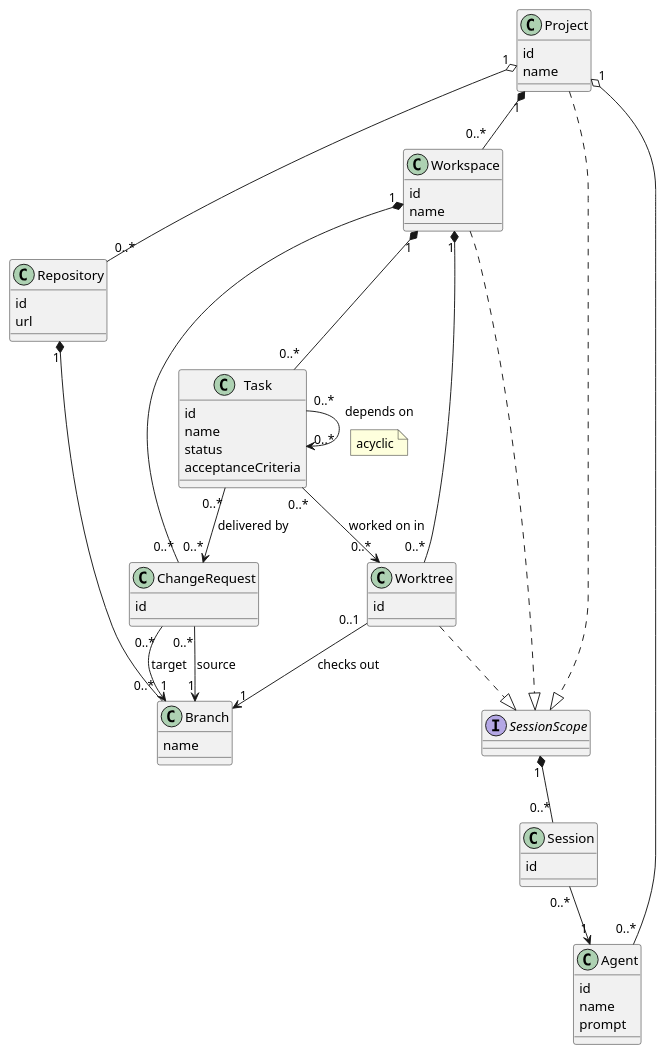
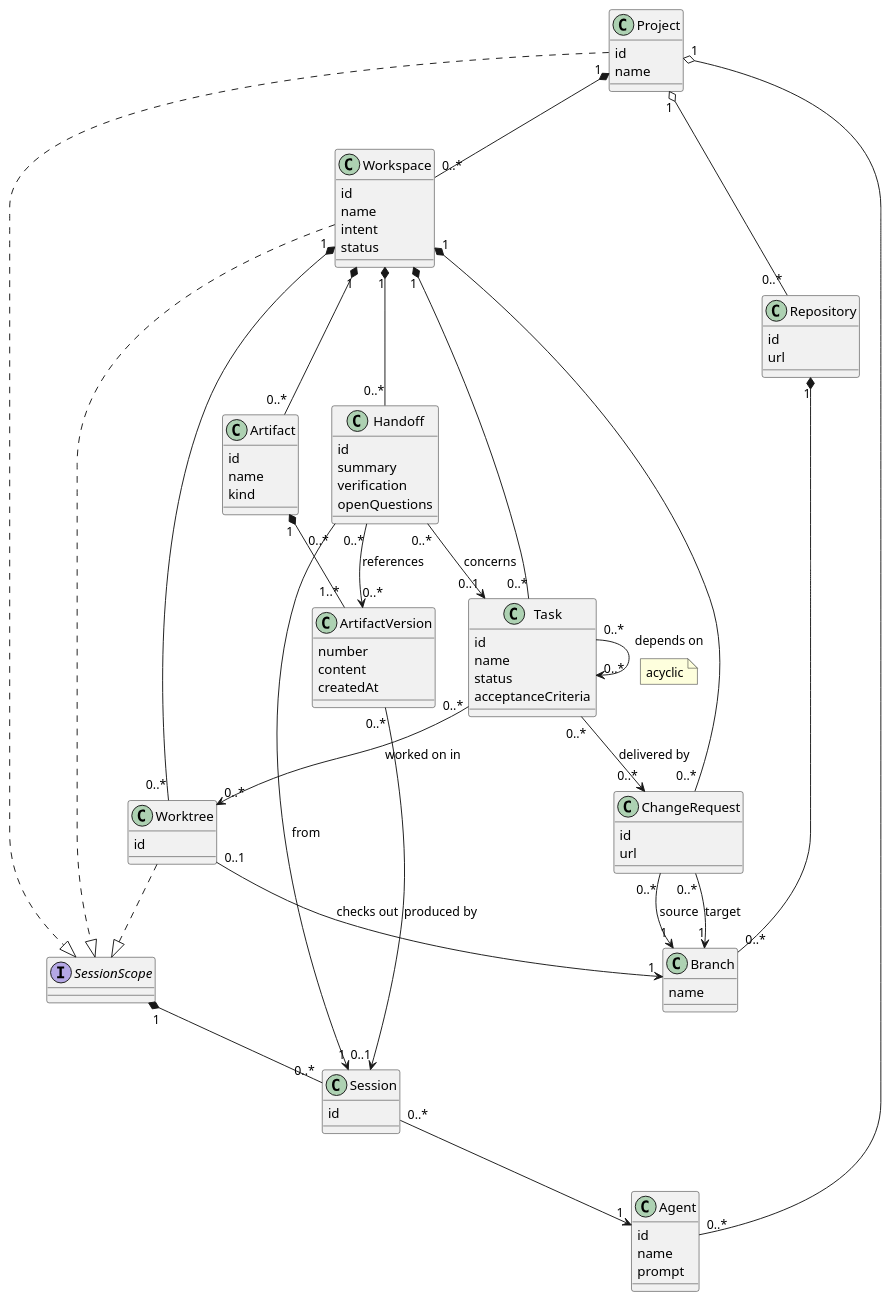
The diagram in model.puml (fpiechowski/workspace), drawn with PlantUML before and after one commit. The commit also changed 20 other files, not shown here.

```diff
--- a/model.puml
+++ b/model.puml
@@ -1,80 +1,110 @@
 @startuml model
 
 class Project {
     id
     name
 }
 
 class Repository {
     id
     url
 }
 
 class Branch {
     name
 }
 
 class Workspace {
     id
     name
+    intent
+    status
 }
 
 class Worktree {
     id
 }
 
 class ChangeRequest {
     id
+    url
 }
 
 class Agent {
     id
     name
     prompt
 }
 
 class Session {
     id
 }
 
 interface SessionScope
 
 class Task {
     id
     name
     status
     acceptanceCriteria
 }
 
+class Artifact {
+    id
+    name
+    kind
+}
+
+class ArtifactVersion {
+    number
+    content
+    createdAt
+}
+
+class Handoff {
+    id
+    summary
+    verification
+    openQuestions
+}
 
 
 Project ..|> SessionScope
 Project "1" o-- "0..*" Agent
 Project "1" o-- "0..*" Repository
 Project "1" *-- "0..*" Workspace
 
 Repository "1" *-- "0..*" Branch
 
 Workspace "1" *-- "0..*" Task
 Workspace ..|> SessionScope
 Workspace "1" *-- "0..*" ChangeRequest
 Workspace "1" *-- "0..*" Worktree
+Workspace "1" *-- "0..*" Artifact
+Workspace "1" *-- "0..*" Handoff
+
+Artifact "1" *-- "1..*" ArtifactVersion
+ArtifactVersion "0..*" --> "0..1" Session : produced by
+
+Handoff "0..*" --> "1" Session : from
+Handoff "0..*" --> "0..1" Task : concerns
+Handoff "0..*" --> "0..*" ArtifactVersion : references
 
 ChangeRequest "0..*" --> "1" Branch : source
 ChangeRequest "0..*" --> "1" Branch : target
 
 Task "0..*" --> "0..* " Task : depends on
 note on link
   acyclic
 end note
 Task "0..*" --> "0..*" Worktree : worked on in
 Task "0..*" --> "0..*" ChangeRequest : delivered by
 
 Worktree ..|> SessionScope
 Worktree "0..1" --> "1" Branch : checks out
 
 SessionScope "1" *-- "0..*" Session
 
 Session "0..*" --> "1" Agent
 
 @enduml
```
